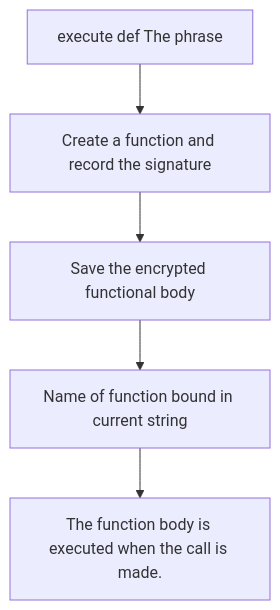
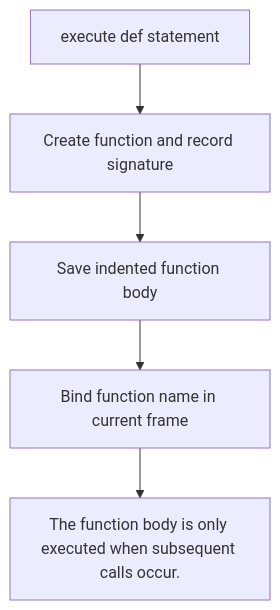
The first of 4 diagrams in src/content/translations/en/notes/cs61a/lecture-02.md (easonlines2007/easonlin-blog), drawn with Mermaid before and after one commit. The commit also changed other lines of this file and 158 other files, not shown here.

````diff
--- a/src/content/translations/en/notes/cs61a/lecture-02.md
+++ b/src/content/translations/en/notes/cs61a/lecture-02.md
@@ -186,7 +320,7 @@
 ```mermaid
 flowchart TD
-    A[execute def The phrase] --> B[Create a function and record the signature]
-    B --> C[Save the encrypted functional body]
-    C --> D[Name of function bound in current string]
-    D --> E[The function body is executed when the call is made.]
+    A[execute def statement] --> B[Create function and record signature]
+    B --> C[Save indented function body]
+    C --> D[Bind function name in current frame]
+    D --> E[The function body is only executed when subsequent calls occur.]
 ```
````
